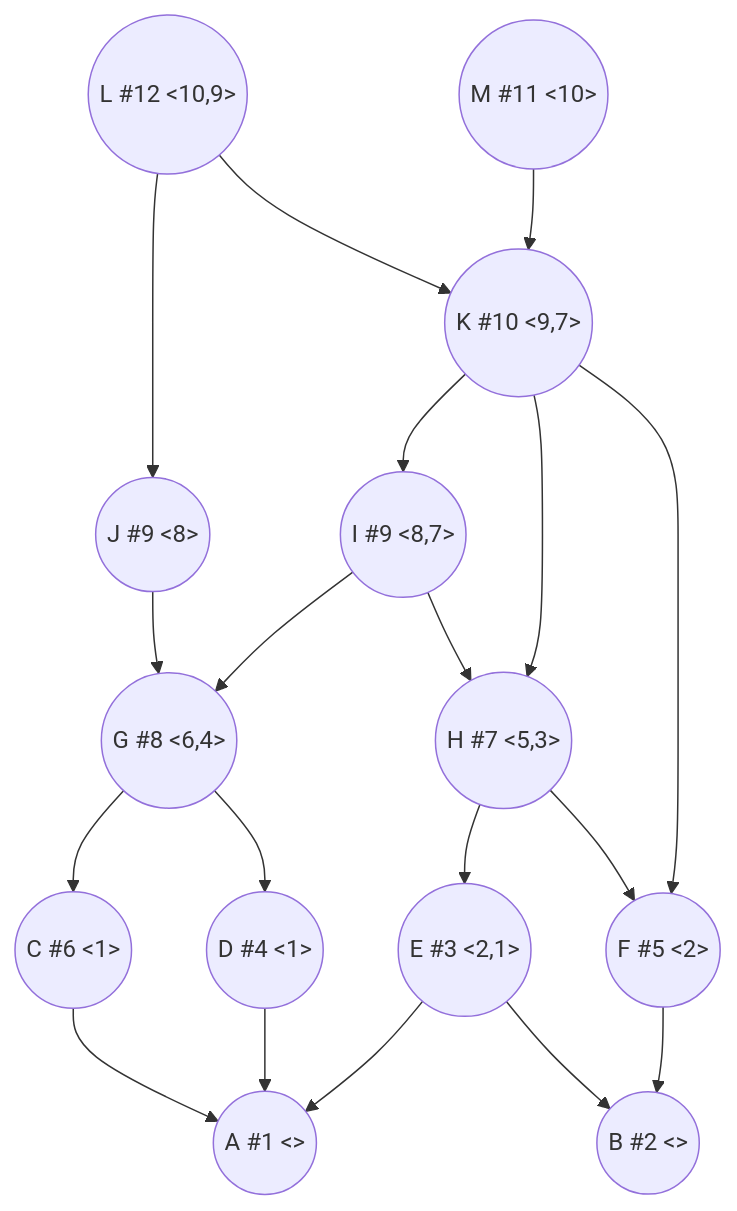
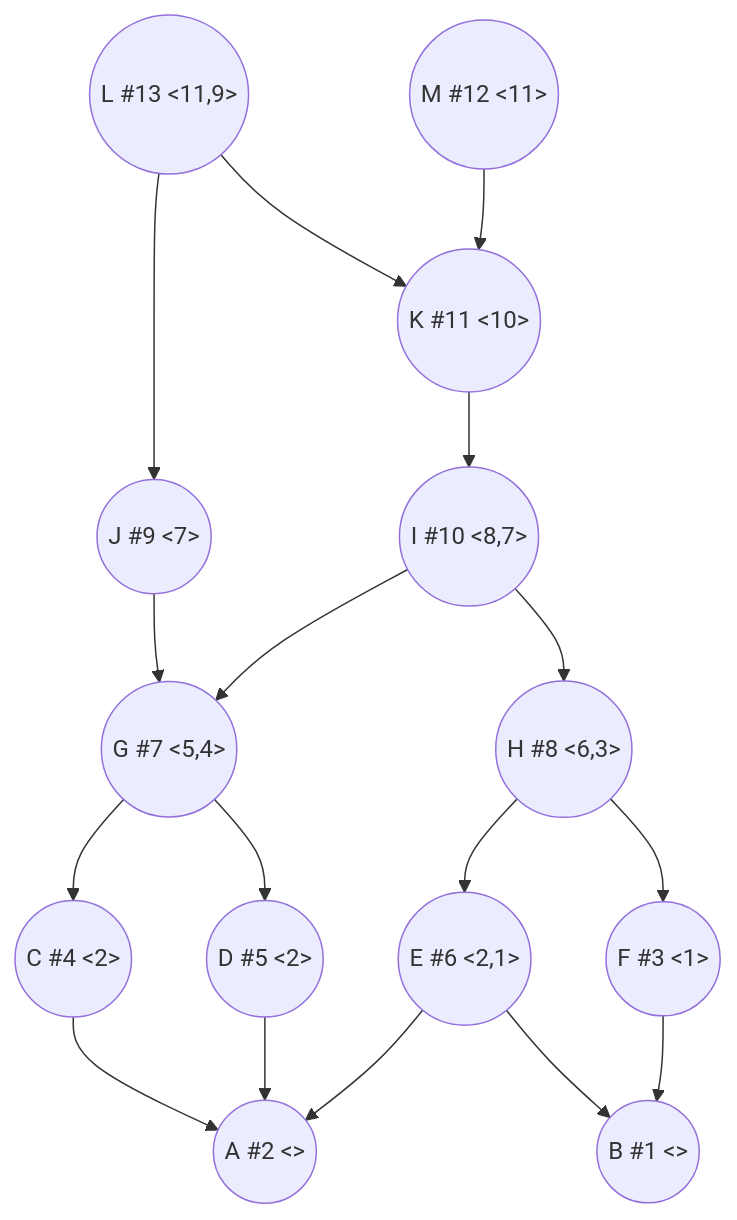
Before and after one commit to hse-algo-24-owl/manual-tasks-owl: the fourth of 5 diagrams in task-7/ewup.md, drawn with Mermaid. The commit also changed other lines of this file, not shown here.

````diff
--- a/task-7/ewup.md
+++ b/task-7/ewup.md
@@ -68,21 +94,19 @@
 ```mermaid
 graph TB
-L((L #12 <10,9>)) --> J((J #9 <8>))
-L --> K((K #10 <9,7>))
-M((M #11 <10>)) --> K
-J --> G((G #8 <6,4>))
-I((I #9 <8,7>)) --> G
-I --> H((H #7 <5,3>))
+L((L #13 <11,9>)) --> J((J #9 <7>))
+L --> K((K #11 <10>))
+M((M #12 <11>)) --> K
+J --> G((G #7 <5,4>))
+I((I #10 <8,7>)) --> G
+I --> H((H #8 <6,3>))
 K --> I
-K --> H
-K --> F((F #5 <2>))
-G --> C((C #6 <1>))
-G --> D((D #4 <1>))
-H --> E((E #3 <2,1>))
-H --> F
-C --> A((A #1 <>))
+G --> C((C #4 <2>))
+G --> D((D #5 <2>))
+H --> E((E #6 <2,1>))
+H --> F((F #3 <1>))
+C --> A((A #2 <>))
 D --> A
 E --> A
-E --> B((B #2 <>))
+E --> B((B #1 <>))
 F --> B
 ```
````
